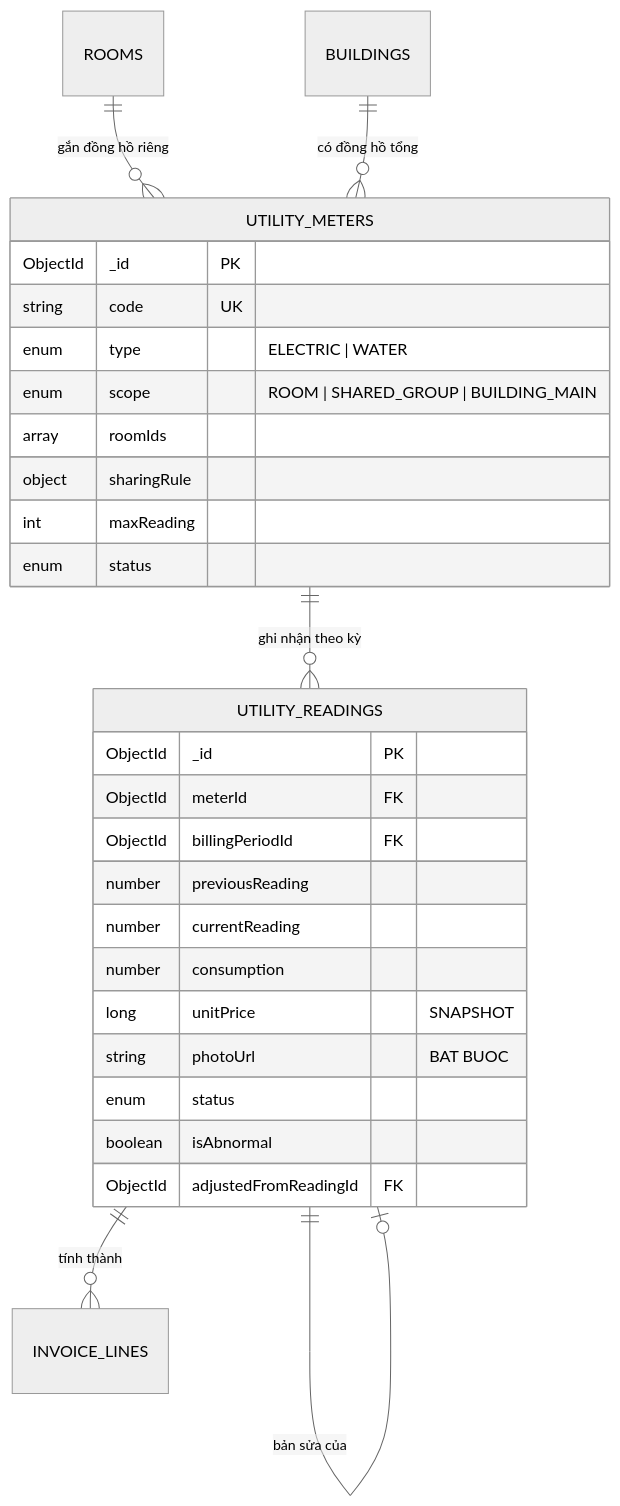
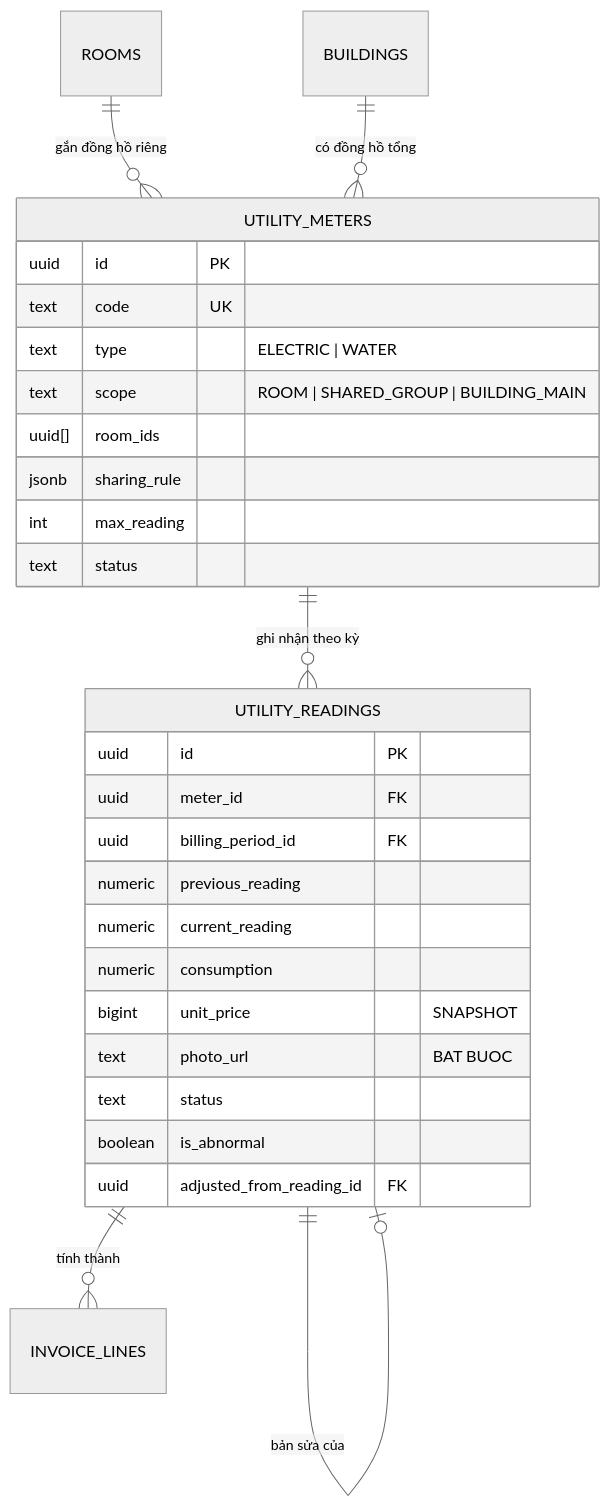
The fifth of 6 diagrams in docs/13-erd.md (danglh5902/ktx-cali), drawn with Mermaid (neutral theme) before and after one commit. The commit also changed other lines of this file and 60 other files, not shown here.

````diff
--- a/docs/13-erd.md
+++ b/docs/13-erd.md
@@ -344,33 +345,33 @@
 ```mermaid
 erDiagram
     UTILITY_METERS {
-        ObjectId _id PK
-        string code UK
-        enum type "ELECTRIC | WATER"
-        enum scope "ROOM | SHARED_GROUP | BUILDING_MAIN"
-        array roomIds
-        object sharingRule
-        int maxReading
-        enum status
+        uuid id PK
+        text code UK
+        text type "ELECTRIC | WATER"
+        text scope "ROOM | SHARED_GROUP | BUILDING_MAIN"
+        uuid[] room_ids
+        jsonb sharing_rule
+        int max_reading
+        text status
     }
 
     UTILITY_READINGS {
-        ObjectId _id PK
-        ObjectId meterId FK
-        ObjectId billingPeriodId FK
-        number previousReading
-        number currentReading
-        number consumption
-        long unitPrice "SNAPSHOT"
-        string photoUrl "BAT BUOC"
-        enum status
-        boolean isAbnormal
-        ObjectId adjustedFromReadingId FK
+        uuid id PK
+        uuid meter_id FK
+        uuid billing_period_id FK
+        numeric previous_reading
+        numeric current_reading
+        numeric consumption
+        bigint unit_price "SNAPSHOT"
+        text photo_url "BAT BUOC"
+        text status
+        boolean is_abnormal
+        uuid adjusted_from_reading_id FK
     }
 
     ROOMS ||--o{ UTILITY_METERS : "gắn đồng hồ riêng"
     BUILDINGS ||--o{ UTILITY_METERS : "có đồng hồ tổng"
     UTILITY_METERS ||--o{ UTILITY_READINGS : "ghi nhận theo kỳ"
     UTILITY_READINGS ||--o| UTILITY_READINGS : "bản sửa của"
     UTILITY_READINGS ||--o{ INVOICE_LINES : "tính thành"
 ```
````
